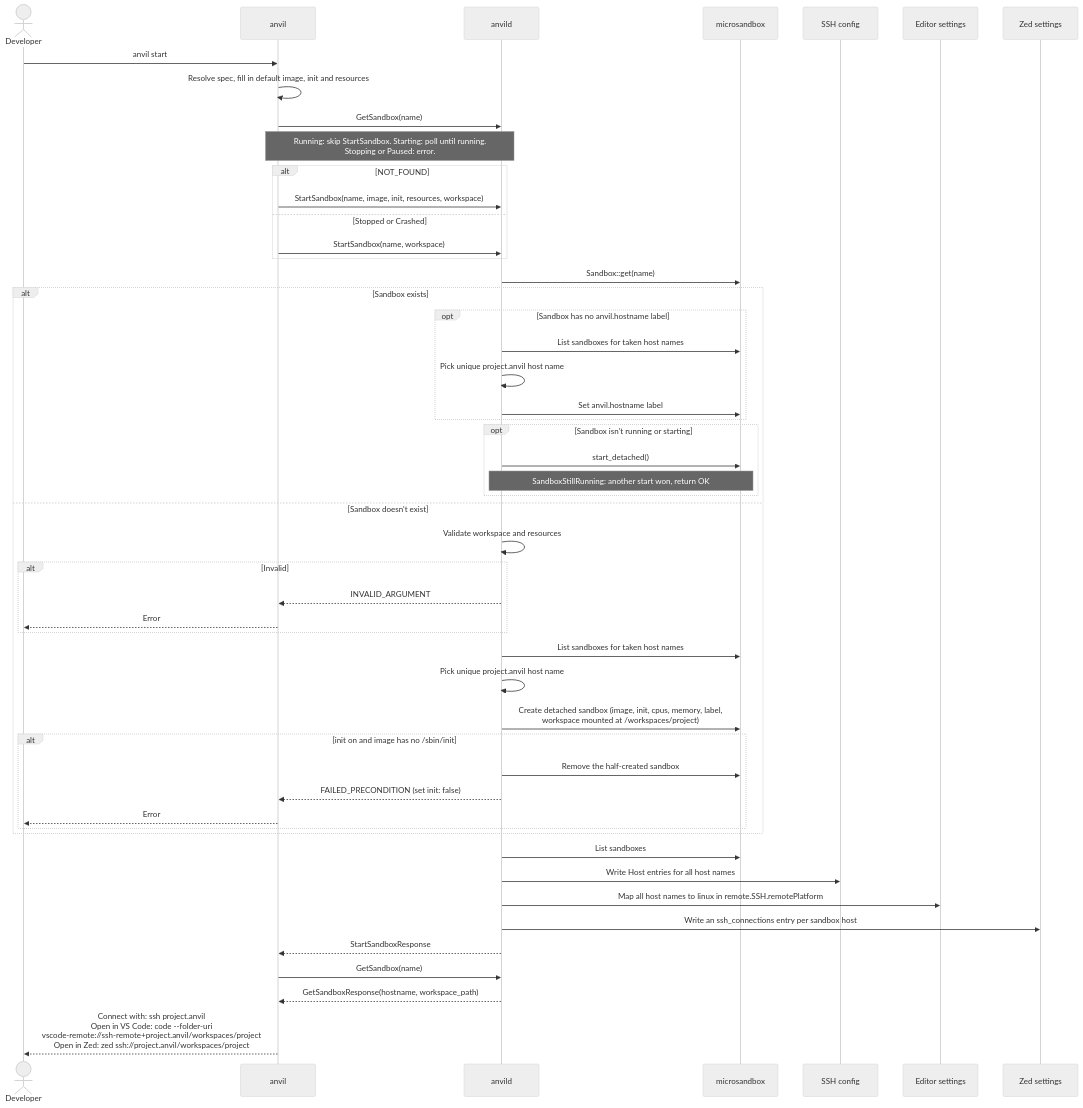
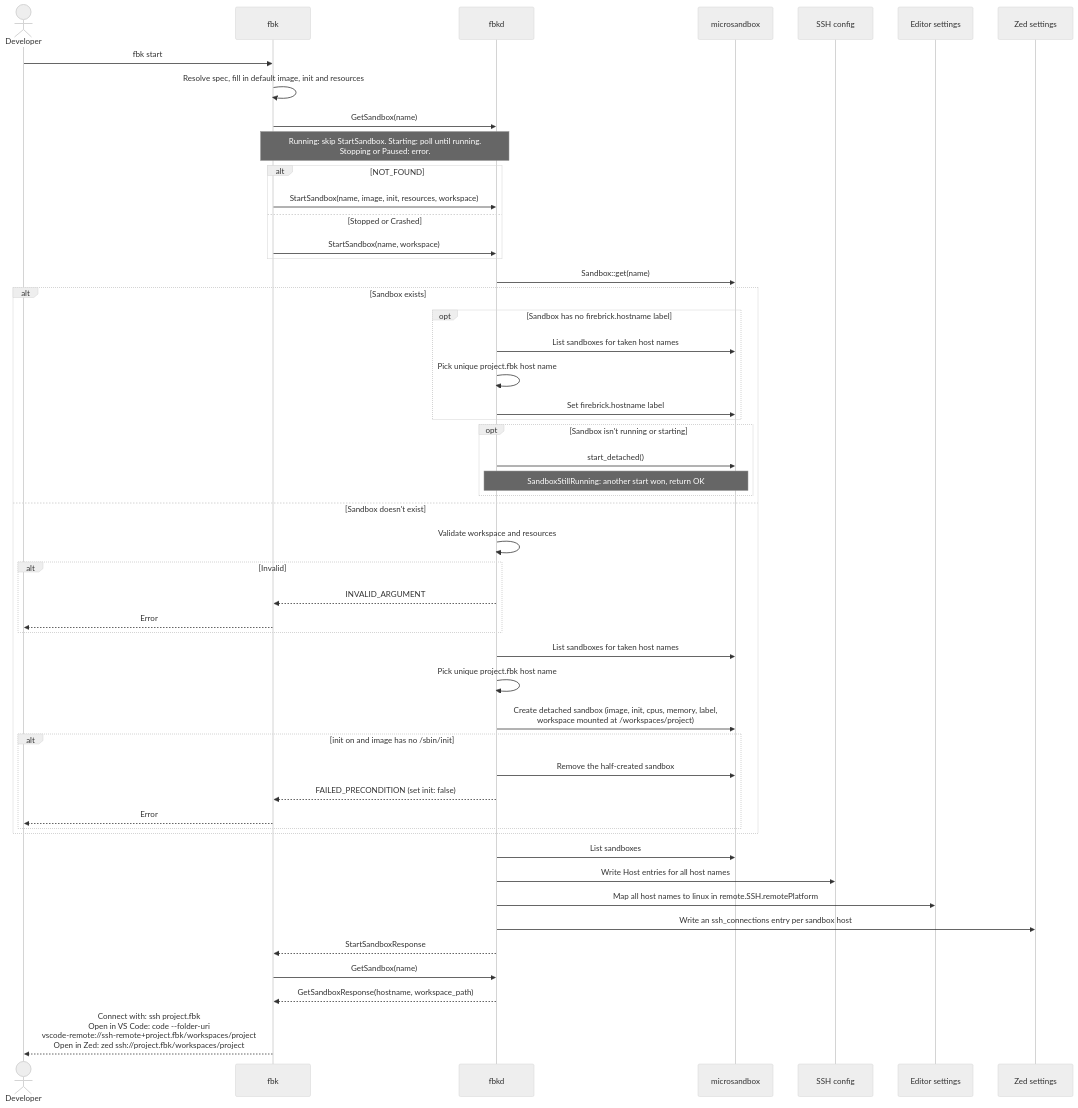
The fourth of 6 diagrams in docs/architecture/06-runtime-view.md (wmeints/anvil), drawn with Mermaid (neutral theme) before and after one commit. The commit also changed other lines of this file and 57 other files, not shown here.

First line of the commit message:
refactor: rename anvil to firebrick

````diff
--- a/docs/architecture/06-runtime-view.md
+++ b/docs/architecture/06-runtime-view.md
@@ -197,56 +198,56 @@
 ```mermaid
 sequenceDiagram
     actor Dev as Developer
-    participant CLI as anvil
-    participant D as anvild
+    participant CLI as fbk
+    participant D as fbkd
     participant MS as microsandbox
     participant SSH as SSH config
     participant Ed as Editor settings
     participant Zed as Zed settings
 
-    Dev->>CLI: anvil start
+    Dev->>CLI: fbk start
     CLI->>CLI: Resolve spec, fill in default image, init and resources
     CLI->>D: GetSandbox(name)
     Note over CLI,D: Running: skip StartSandbox. Starting: poll until running.<br/>Stopping or Paused: error.
     alt NOT_FOUND
         CLI->>D: StartSandbox(name, image, init, resources, workspace)
     else Stopped or Crashed
         CLI->>D: StartSandbox(name, workspace)
     end
     D->>MS: Sandbox::get(name)
 
     alt Sandbox exists
-        opt Sandbox has no anvil.hostname label
+        opt Sandbox has no firebrick.hostname label
             D->>MS: List sandboxes for taken host names
-            D->>D: Pick unique project.anvil host name
-            D->>MS: Set anvil.hostname label
+            D->>D: Pick unique project.fbk host name
+            D->>MS: Set firebrick.hostname label
         end
         opt Sandbox isn't running or starting
             D->>MS: start_detached()
             Note over D,MS: SandboxStillRunning: another start won, return OK
         end
     else Sandbox doesn't exist
         D->>D: Validate workspace and resources
         alt Invalid
             D-->>CLI: INVALID_ARGUMENT
             CLI-->>Dev: Error
         end
         D->>MS: List sandboxes for taken host names
-        D->>D: Pick unique project.anvil host name
+        D->>D: Pick unique project.fbk host name
         D->>MS: Create detached sandbox (image, init, cpus, memory, label,<br/>workspace mounted at /workspaces/project)
         alt init on and image has no /sbin/init
             D->>MS: Remove the half-created sandbox
             D-->>CLI: FAILED_PRECONDITION (set init: false)
             CLI-->>Dev: Error
         end
     end
 
     D->>MS: List sandboxes
     D->>SSH: Write Host entries for all host names
     D->>Ed: Map all host names to linux in remote.SSH.remotePlatform
     D->>Zed: Write an ssh_connections entry per sandbox host
     D-->>CLI: StartSandboxResponse
     CLI->>D: GetSandbox(name)
     D-->>CLI: GetSandboxResponse(hostname, workspace_path)
-    CLI-->>Dev: Connect with: ssh project.anvil<br/>Open in VS Code: code --folder-uri<br/>vscode-remote://ssh-remote+project.anvil/workspaces/project<br/>Open in Zed: zed ssh://project.anvil/workspaces/project
+    CLI-->>Dev: Connect with: ssh project.fbk<br/>Open in VS Code: code --folder-uri<br/>vscode-remote://ssh-remote+project.fbk/workspaces/project<br/>Open in Zed: zed ssh://project.fbk/workspaces/project
 ```
````
